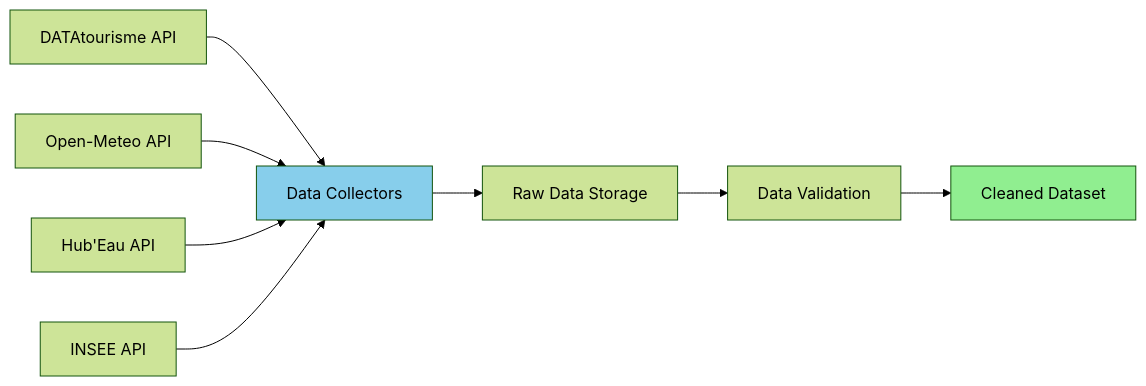
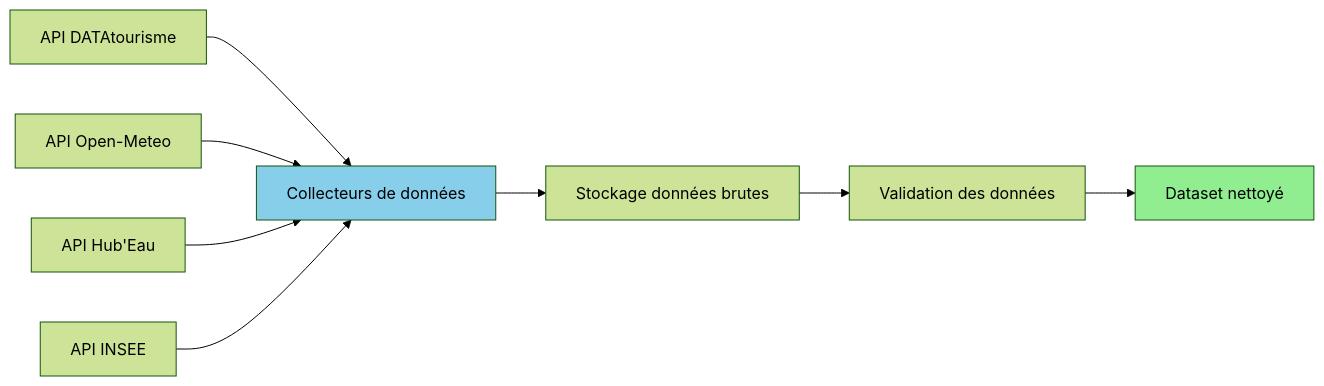
The third of 4 diagrams in README.md (Aguern/alpine-guide-ML), drawn with Mermaid (forest theme) before and after one commit. The commit also changed other lines of this file, not shown here.

````diff
--- a/README.md
+++ b/README.md
@@ -321,14 +321,14 @@
 ```mermaid
 graph LR
-    A[DATAtourisme API] --> E[Data Collectors]
-    B[Open-Meteo API] --> E
-    C[Hub'Eau API] --> E
-    D[INSEE API] --> E
+    A[API DATAtourisme] --> E[Collecteurs de données]
+    B[API Open-Meteo] --> E
+    C[API Hub'Eau] --> E
+    D[API INSEE] --> E
 
-    E --> F[Raw Data Storage]
-    F --> G[Data Validation]
-    G --> H[Cleaned Dataset]
+    E --> F[Stockage données brutes]
+    F --> G[Validation des données]
+    G --> H[Dataset nettoyé]
 
     style E fill:#87CEEB
     style H fill:#90EE90
 ```
````
